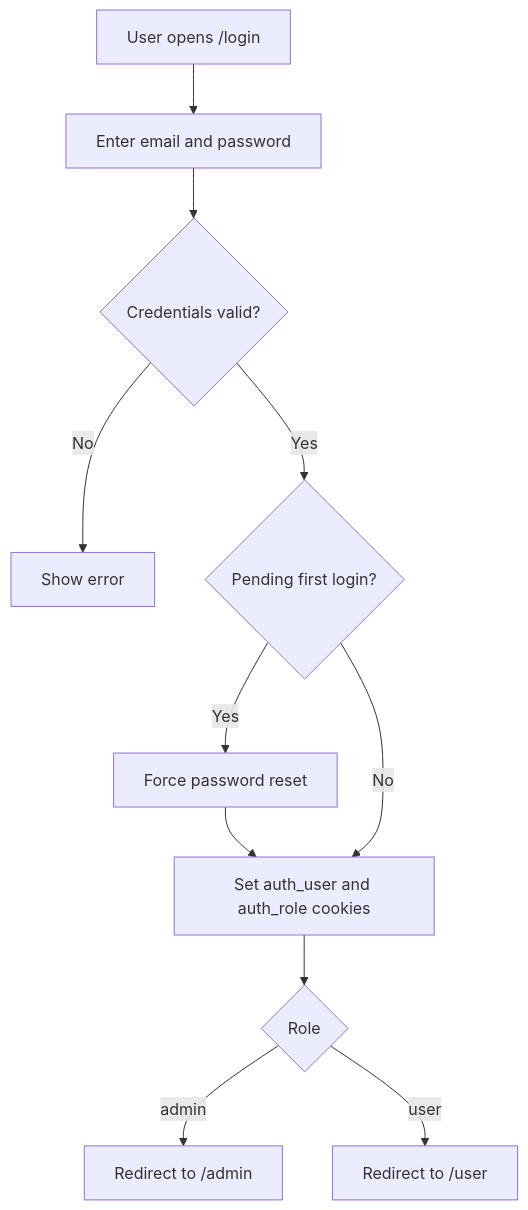
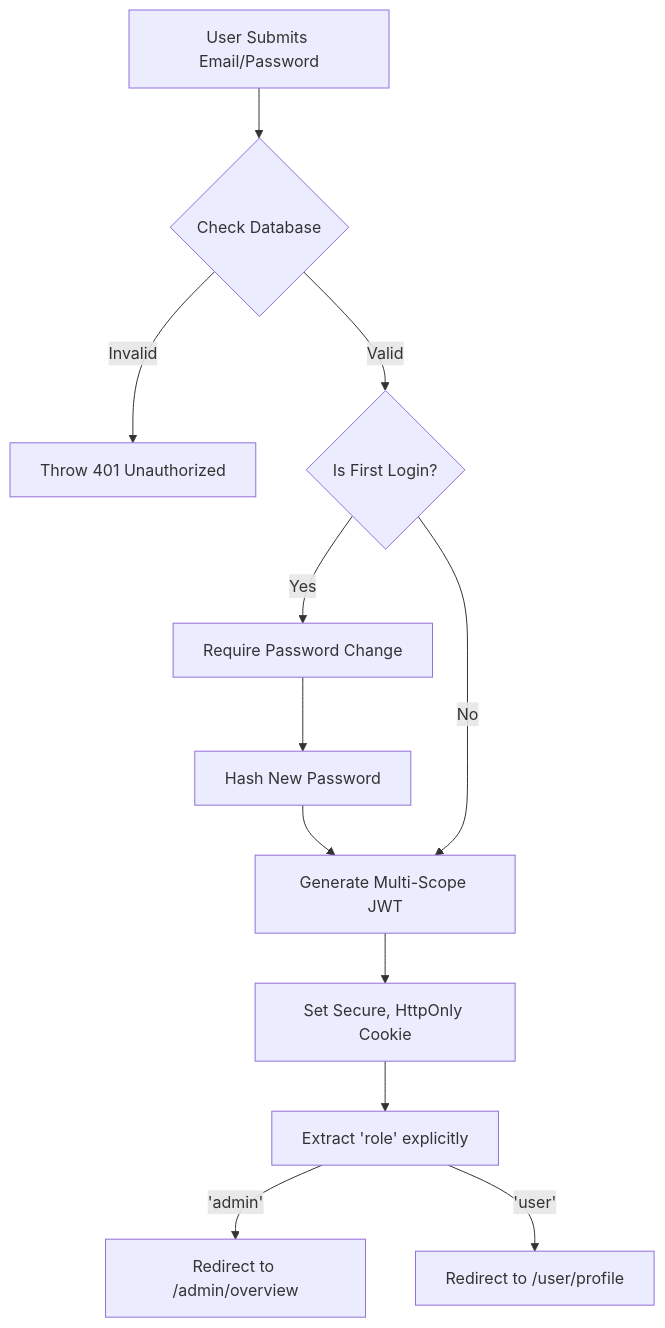
The third of 9 diagrams in README.md (ashwanik0777/alumni-portal), drawn with Mermaid before and after one commit. The commit also changed other lines of this file, not shown here.

````diff
--- a/README.md
+++ b/README.md
@@ -341,13 +202,17 @@
 ```mermaid
 flowchart TD
-  Start[User opens /login] --> EnterCreds[Enter email and password]
-  EnterCreds --> Validate{Credentials valid?}
-  Validate -- No --> LoginError[Show error]
-  Validate -- Yes --> FirstLogin{Pending first login?}
-  FirstLogin -- Yes --> ResetPass[Force password reset]
-  ResetPass --> SetCookies[Set auth_user and auth_role cookies]
-  FirstLogin -- No --> SetCookies
-  SetCookies --> RoleCheck{Role}
-  RoleCheck -- admin --> AdminRedirect[Redirect to /admin]
-  RoleCheck -- user --> UserRedirect[Redirect to /user]
+    UserReq[User Submits Email/Password] --> VerifyCreds{Check Database}
+    VerifyCreds -- Invalid --> Throw401[Throw 401 Unauthorized]
+    VerifyCreds -- Valid --> CheckFirstLog{Is First Login?}
+    
+    CheckFirstLog -- Yes --> ForceReset[Require Password Change]
+    ForceReset --> HashPass[Hash New Password]
+    HashPass --> GenJWT[Generate Multi-Scope JWT]
+    
+    CheckFirstLog -- No --> GenJWT
+    GenJWT --> WriteCookie[Set Secure, HttpOnly Cookie]
+    WriteCookie --> RetrieveRole[Extract 'role' explicitly]
+    
+    RetrieveRole -->|'admin'| RedirectAdmin[Redirect to /admin/overview]
+    RetrieveRole -->|'user'| RedirectUser[Redirect to /user/profile]
 ```
````
